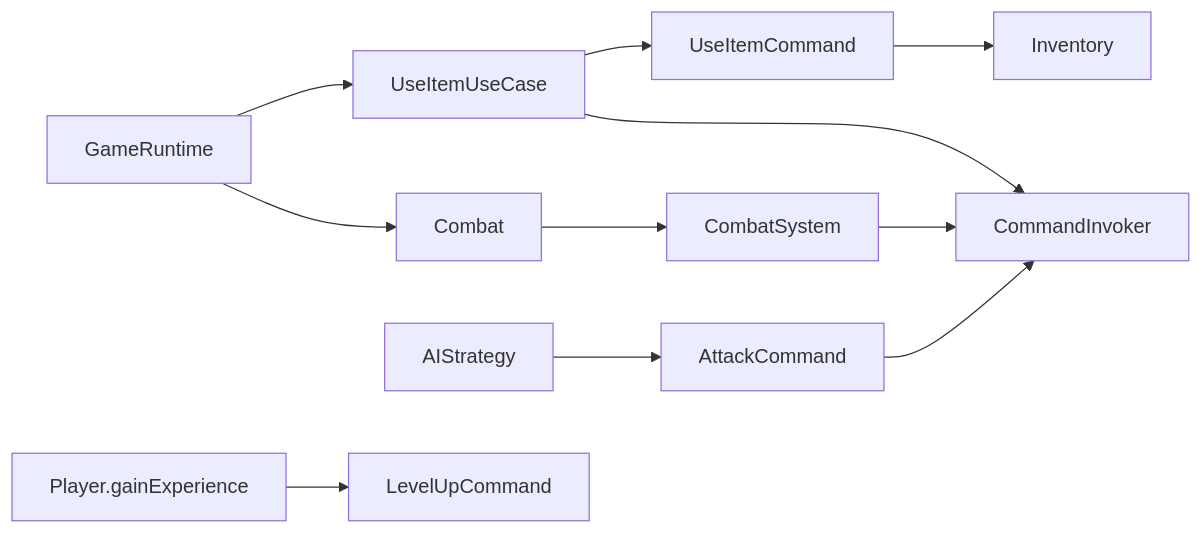
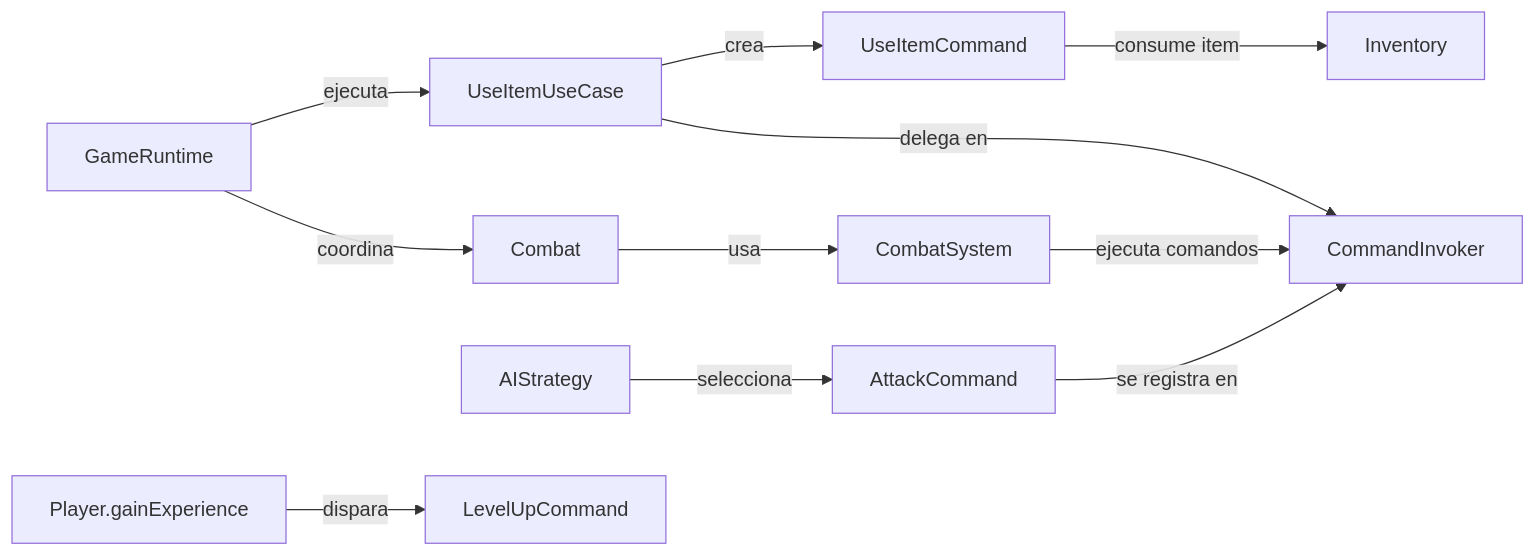
One commit to Craos6518/dungeon-crawler-patterns changed the diagram in docs/03-patterns/command.md. Above: the diagram before and after it, drawn with Mermaid. The commit also changed 11 other files, not shown here.

Commit message:
refactor: actualizar diagramas y terminología en la documentación de patrones

````diff
--- a/docs/03-patterns/command.md
+++ b/docs/03-patterns/command.md
@@ -61,25 +61,25 @@
 ```mermaid
 flowchart LR
         Runtime[GameRuntime]
         UseItemUC[UseItemUseCase]
         Combat[Combat]
         System[CombatSystem]
         Invoker[CommandInvoker]
         AI[AIStrategy]
         AttackCmd[AttackCommand]
         UseItemCmd[UseItemCommand]
         Inv[Inventory]
         XP[Player.gainExperience]
         LevelUp[LevelUpCommand]
 
-        Runtime --> UseItemUC
-        Runtime --> Combat
-        UseItemUC --> UseItemCmd
-        UseItemCmd --> Inv
-        UseItemUC --> Invoker
-        Combat --> System
-        System --> Invoker
-        AI --> AttackCmd
-        AttackCmd --> Invoker
-        XP --> LevelUp
+        Runtime -->|ejecuta| UseItemUC
+        Runtime -->|coordina| Combat
+        UseItemUC -->|crea| UseItemCmd
+        UseItemCmd -->|consume item| Inv
+        UseItemUC -->|delega en| Invoker
+        Combat -->|usa| System
+        System -->|ejecuta comandos| Invoker
+        AI -->|selecciona| AttackCmd
+        AttackCmd -->|se registra en| Invoker
+        XP -->|dispara| LevelUp
 ```
````
